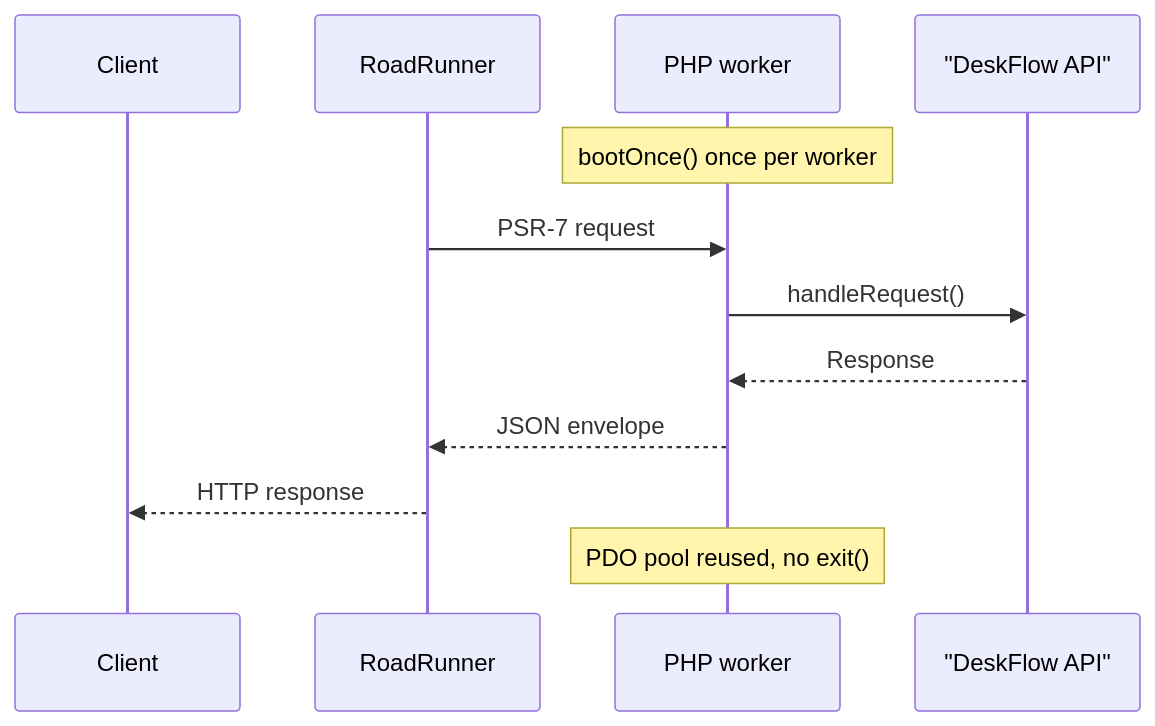
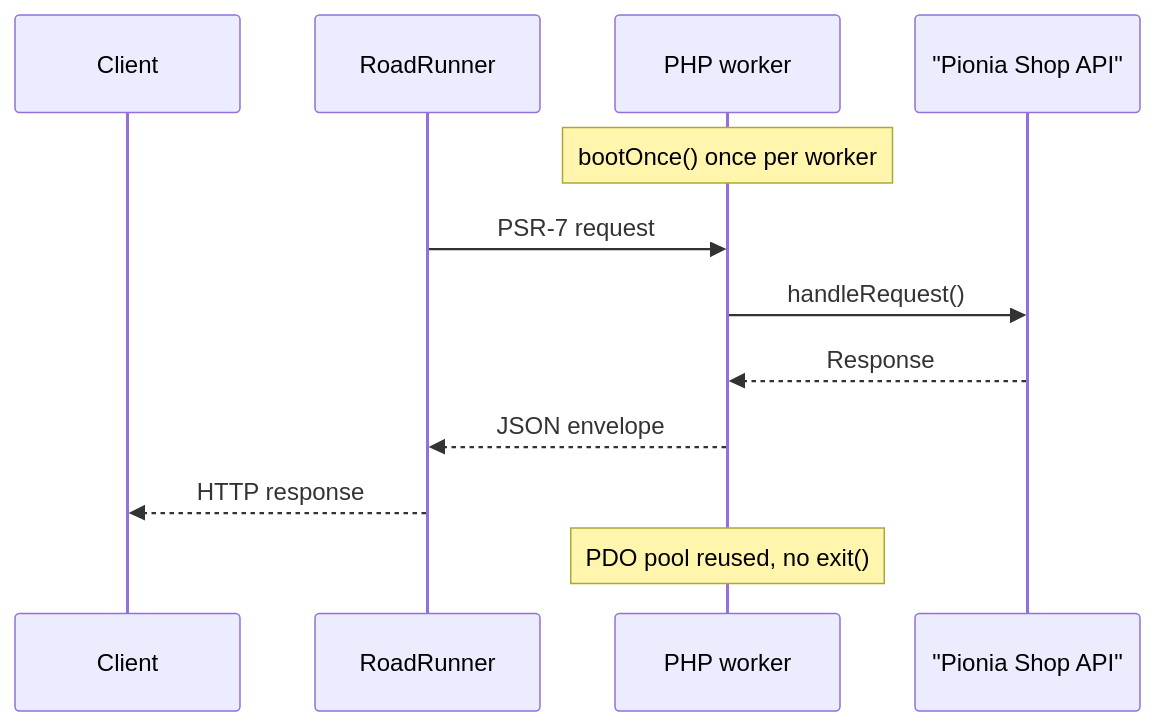
The diagram in content/docs/documentation/operations/roadrunner.md (PioniaPHP-project/pionia-docs), drawn with Mermaid before and after one commit. The commit also changed other lines of this file and 268 other files, not shown here.

```diff
--- a/content/docs/documentation/operations/roadrunner.md
+++ b/content/docs/documentation/operations/roadrunner.md
@@ -34,14 +34,14 @@
 {{< mermaid >}}
 sequenceDiagram
   participant Client
   participant RR as RoadRunner
   participant W as PHP worker
-  participant API as "DeskFlow API"
+  participant API as "Pionia Shop API"
   Note over W: bootOnce() once per worker
   RR->>W: PSR-7 request
   W->>API: handleRequest()
   API-->>W: Response
   W-->>RR: JSON envelope
   RR-->>Client: HTTP response
   Note over W: PDO pool reused, no exit()
 {{< /mermaid >}}
```
